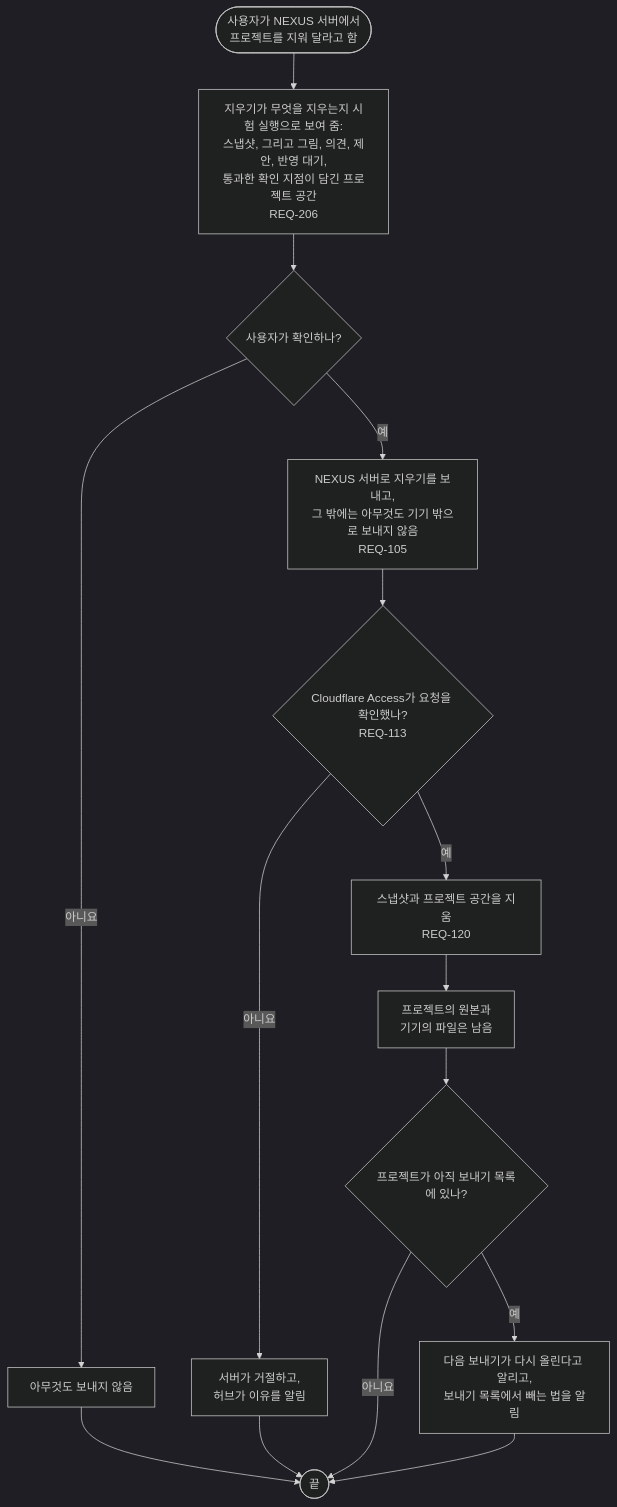
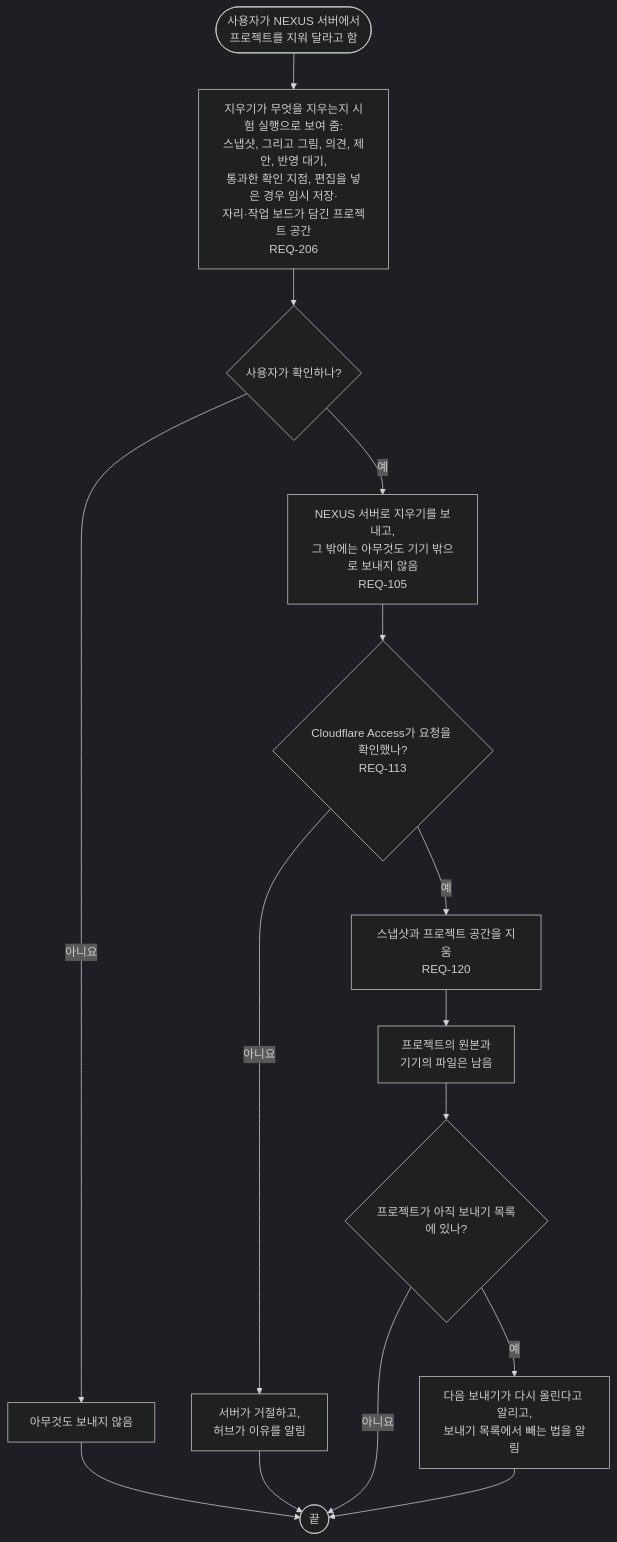
Before and after one commit to kodonghui/corthex-nexus: the diagram in docs/03-user-flow/nexus/FL-114-remove-a-project.ko.md, drawn with Mermaid (dark theme). The commit also changed 24 other files, not shown here.

First line of the commit message:
docs(nexus): define phase ②'s requirements, flows and functional spec

````diff
--- a/docs/03-user-flow/nexus/FL-114-remove-a-project.ko.md
+++ b/docs/03-user-flow/nexus/FL-114-remove-a-project.ko.md
@@ -9,17 +9,17 @@
 ```mermaid
 flowchart TD
-  A(["사용자가 NEXUS 서버에서<br/>프로젝트를 지워 달라고 함"]) --> B["지우기가 무엇을 지우는지 시험 실행으로 보여 줌:<br/>스냅샷, 그리고 그림, 의견, 제안, 반영 대기,<br/>통과한 확인 지점이 담긴 프로젝트 공간<br/>REQ-206"]
+  A(["사용자가 NEXUS 서버에서<br/>프로젝트를 지워 달라고 함"]) --> B["지우기가 무엇을 지우는지 시험 실행으로 보여 줌:<br/>스냅샷, 그리고 그림, 의견, 제안, 반영 대기,<br/>통과한 확인 지점, 편집을 넣은 경우 임시 저장·<br/>자리·작업 보드가 담긴 프로젝트 공간<br/>REQ-206"]
   B --> C{"사용자가 확인하나?"}
   C -->|아니요| C1["아무것도 보내지 않음"]
   C1 --> Z(["끝"])
   C -->|예| D["NEXUS 서버로 지우기를 보내고,<br/>그 밖에는 아무것도 기기 밖으로 보내지 않음<br/>REQ-105"]
   D --> E{"Cloudflare Access가 요청을 확인했나?<br/>REQ-113"}
   E -->|아니요| E1["서버가 거절하고,<br/>허브가 이유를 알림"]
   E1 --> Z
   E -->|예| F["스냅샷과 프로젝트 공간을 지움<br/>REQ-120"]
   F --> G["프로젝트의 원본과<br/>기기의 파일은 남음"]
   G --> H{"프로젝트가 아직 보내기 목록에 있나?"}
   H -->|예| H1["다음 보내기가 다시 올린다고 알리고,<br/>보내기 목록에서 빼는 법을 알림"]
   H -->|아니요| Z
   H1 --> Z
 ```
````
